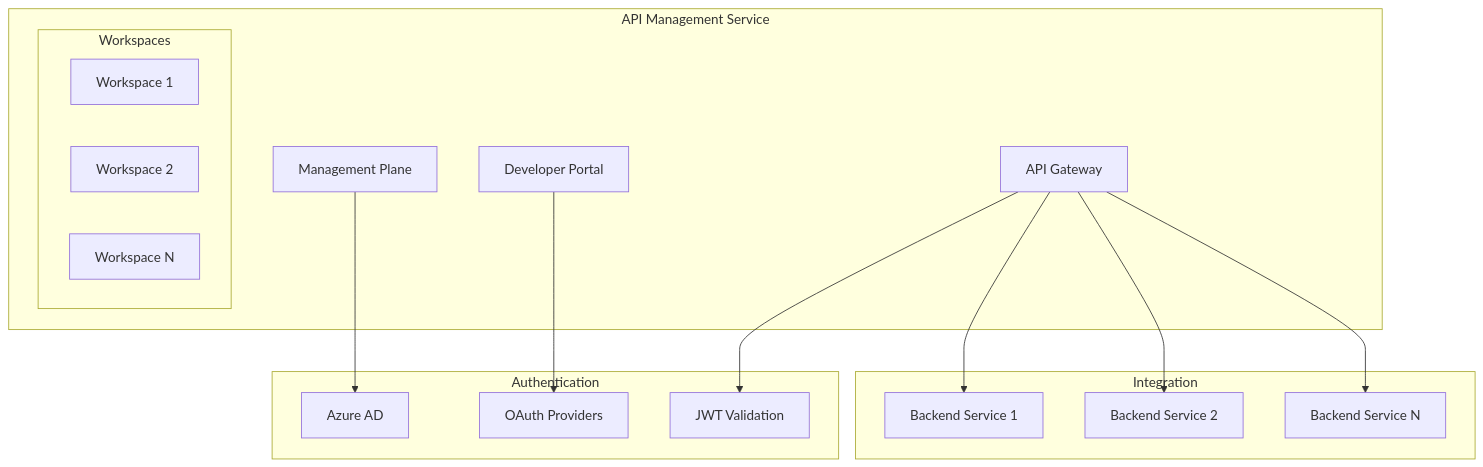
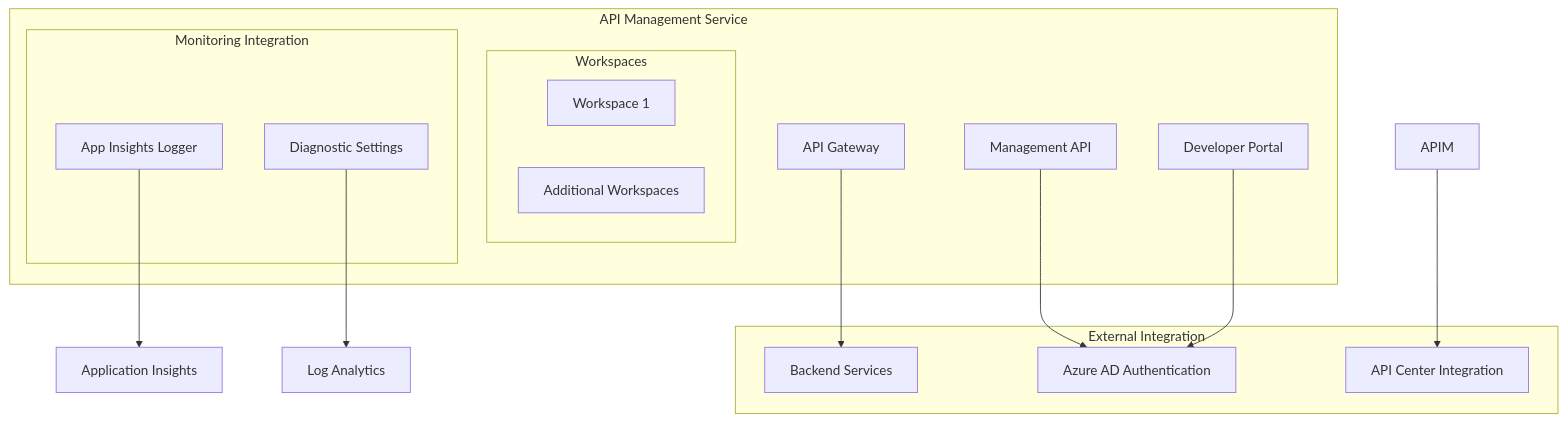
Before and after one commit to Evilazaro/APIM-Accelerator: the seventh of 12 diagrams in docs/architecture/overview.md, drawn with Mermaid. The commit also changed other lines of this file and 5 other files, not shown here.

````diff
--- a/docs/architecture/overview.md
+++ b/docs/architecture/overview.md
@@ -242,33 +254,31 @@
 ```mermaid
 graph TB
     subgraph "API Management Service"
         Gateway[API Gateway]
-        Management[Management Plane]
+        Management[Management API]
         Portal[Developer Portal]
         
         subgraph "Workspaces"
             WS1[Workspace 1]
-            WS2[Workspace 2]
-            WSN[Workspace N]
+            WSN[Additional Workspaces]
+        end
+        
+        subgraph "Monitoring Integration"
+            AILogger[App Insights Logger]
+            Diagnostics[Diagnostic Settings]
         end
     end
     
-    subgraph "Integration"
-        Backend1[Backend Service 1]
-        Backend2[Backend Service 2]
-        BackendN[Backend Service N]
+    subgraph "External Integration"
+        Backends[Backend Services]
+        AAD[Azure AD Authentication]
+        APICenter[API Center Integration]
     end
     
-    subgraph "Authentication"
-        AAD[Azure AD]
-        OAuth[OAuth Providers]
-        JWT[JWT Validation]
-    end
-    
-    Gateway --> Backend1
-    Gateway --> Backend2
-    Gateway --> BackendN
+    Gateway --> Backends
     Management --> AAD
-    Portal --> OAuth
-    Gateway --> JWT
+    Portal --> AAD
+    AILogger --> ApplicationInsights[Application Insights]
+    Diagnostics --> LogAnalytics[Log Analytics]
+    APIM --> APICenter
 ```
````
